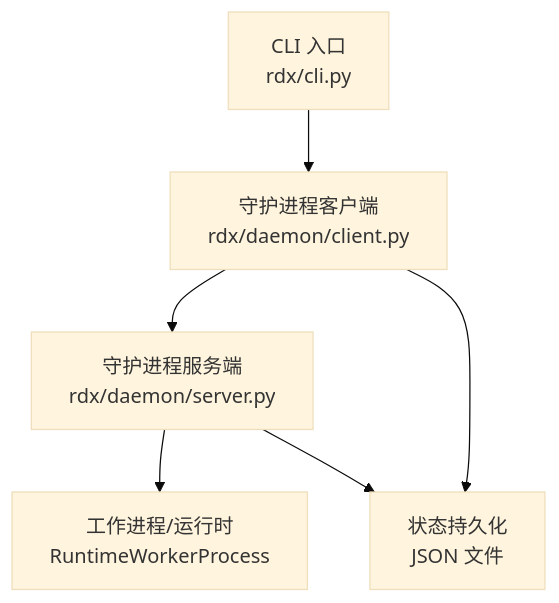
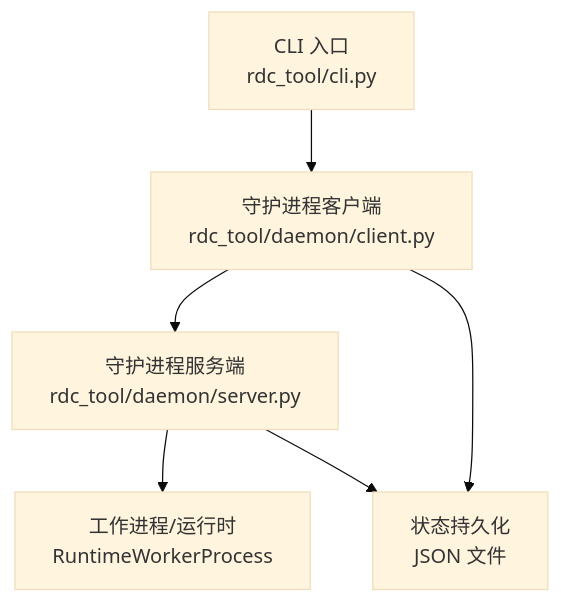
Before and after one commit to haolange/RDC-Tool: the first of 7 diagrams in .qoder/repowiki/zh/content/CLI参考手册/守护进程管理命令.md, drawn with Mermaid (base theme). The commit also changed other lines of this file and 388 other files, not shown here.

First line of the commit message:
Release RDC-Tool identity and public maintenance surface

````diff
--- a/.qoder/repowiki/zh/content/CLI参考手册/守护进程管理命令.md
+++ b/.qoder/repowiki/zh/content/CLI参考手册/守护进程管理命令.md
@@ -39,8 +39,8 @@
 ```mermaid
 graph TB
-A["CLI 入口<br/>rdx/cli.py"] --> B["守护进程客户端<br/>rdx/daemon/client.py"]
-B --> C["守护进程服务端<br/>rdx/daemon/server.py"]
+A["CLI 入口<br/>rdc_tool/cli.py"] --> B["守护进程客户端<br/>rdc_tool/daemon/client.py"]
+B --> C["守护进程服务端<br/>rdc_tool/daemon/server.py"]
 C --> D["工作进程/运行时<br/>RuntimeWorkerProcess"]
 B --> E["状态持久化<br/>JSON 文件"]
 C --> E
 ```
````
